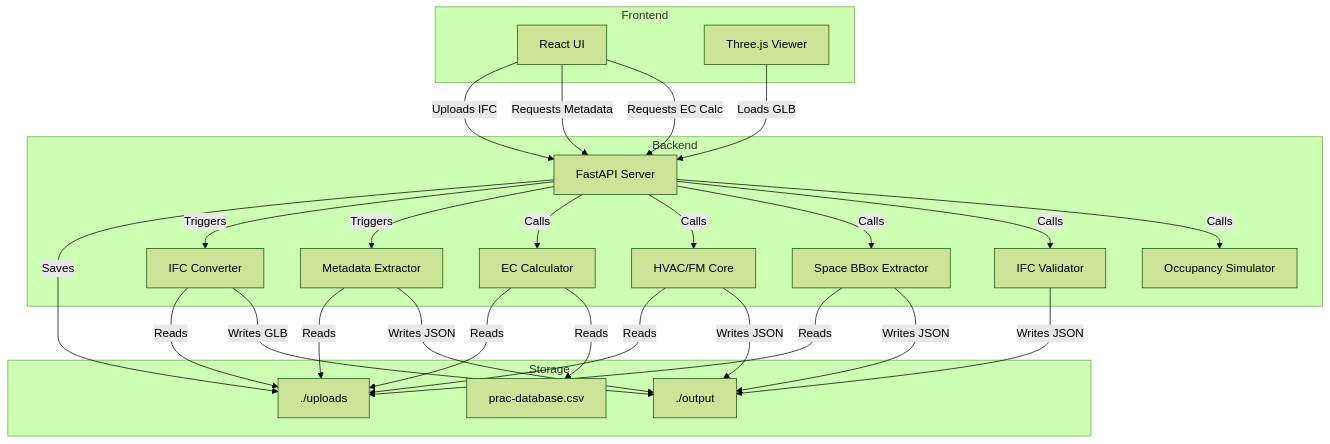
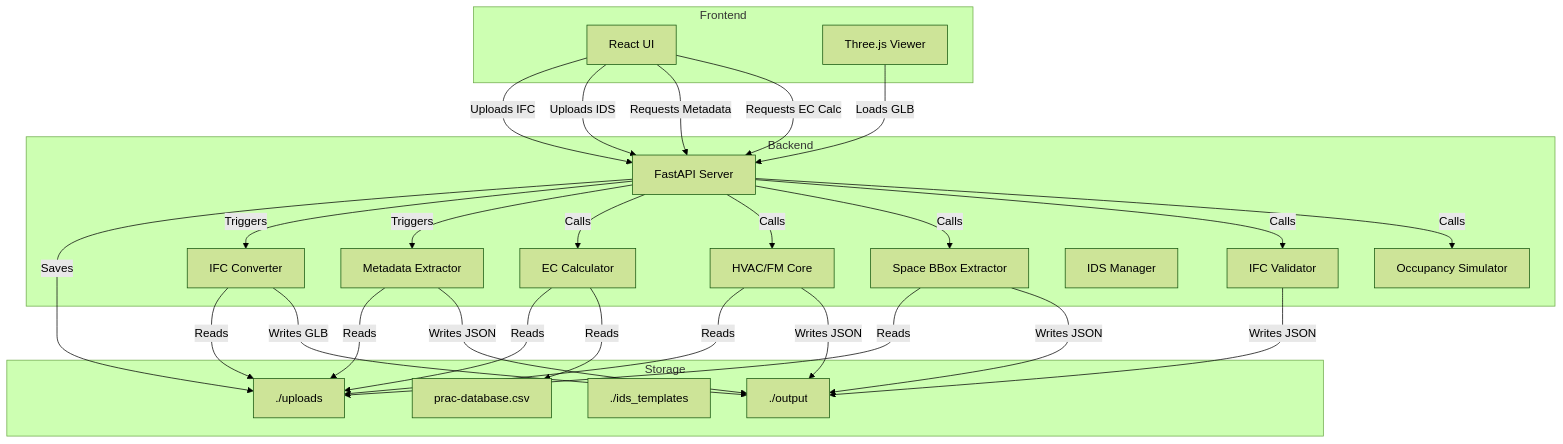
Before and after one commit to Naveendinula/DigitalTwin: the second of 2 diagrams in ARCHITECTURE.md, drawn with Mermaid (forest theme). The commit also changed other lines of this file and 8 other files, not shown here.

````diff
--- a/ARCHITECTURE.md
+++ b/ARCHITECTURE.md
@@ -113,55 +120,58 @@
 ```mermaid
 graph TB
     subgraph Frontend
         UI["React UI"]
         Viewer["Three.js Viewer"]
     end
 
     subgraph Backend
         Server["FastAPI Server"]
         Converter["IFC Converter"]
         Extractor["Metadata Extractor"]
         ECCore["EC Calculator"]
         HvacCore["HVAC/FM Core"]
         SpaceBBox["Space BBox Extractor"]
         Validator["IFC Validator"]
+        IDSMgr["IDS Manager"]
         OccSim["Occupancy Simulator"]
     end
 
     subgraph Storage
         Uploads["./uploads"]
         Outputs["./output"]
+        IDSTemplates["./ids_templates"]
         ECDB["prac-database.csv"]
     end
 
     UI -->|Uploads IFC| Server
+    UI -->|Uploads IDS| Server
     UI -->|Requests Metadata| Server
     UI -->|Requests EC Calc| Server
     Viewer -->|Loads GLB| Server
 
     Server -->|Saves| Uploads
     Server -->|Triggers| Converter
     Server -->|Triggers| Extractor
     Server -->|Calls| ECCore
     Server -->|Calls| HvacCore
     Server -->|Calls| SpaceBBox
     Server -->|Calls| Validator
     Server -->|Calls| OccSim
 
     Converter -->|Reads| Uploads
     Converter -->|Writes GLB| Outputs
 
     Extractor -->|Reads| Uploads
     Extractor -->|Writes JSON| Outputs
 
     ECCore -->|Reads| Uploads
     ECCore -->|Reads| ECDB
 
     HvacCore -->|Reads| Uploads
     HvacCore -->|Writes JSON| Outputs
 
     SpaceBBox -->|Reads| Uploads
     SpaceBBox -->|Writes JSON| Outputs
 
     Validator -->|Writes JSON| Outputs
 ```
````
